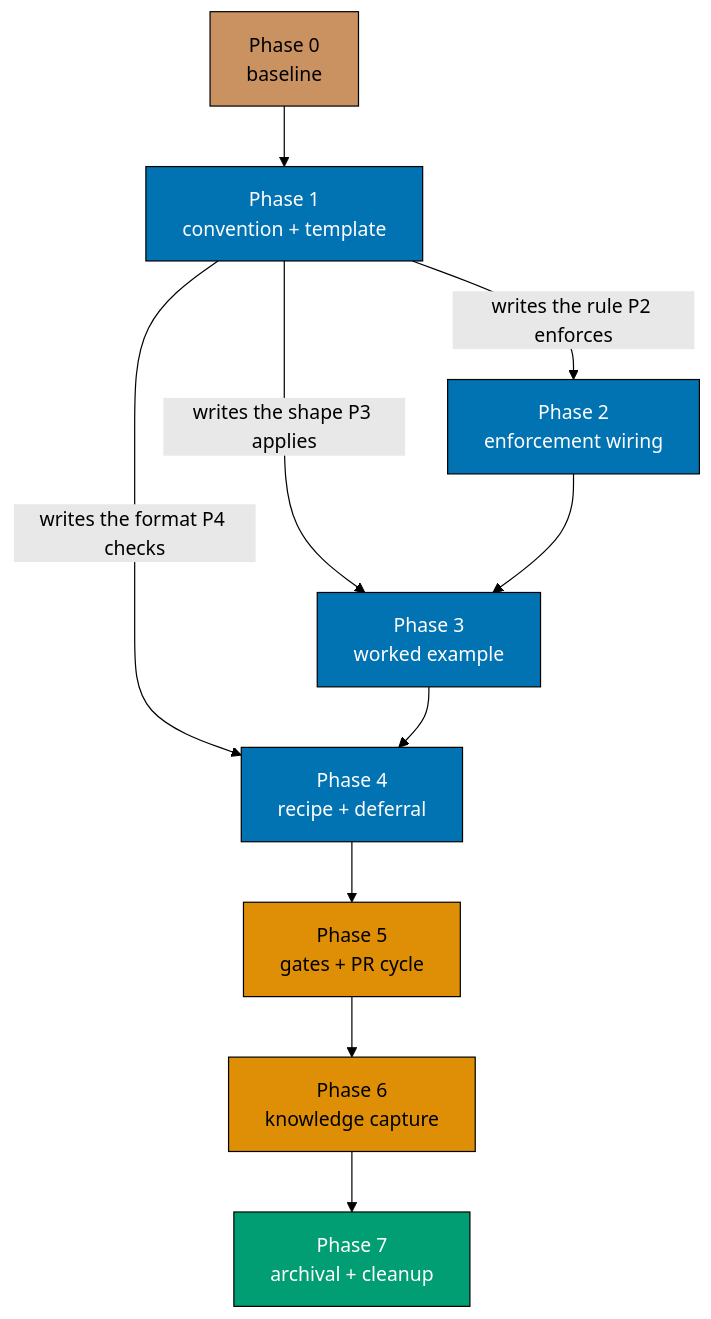
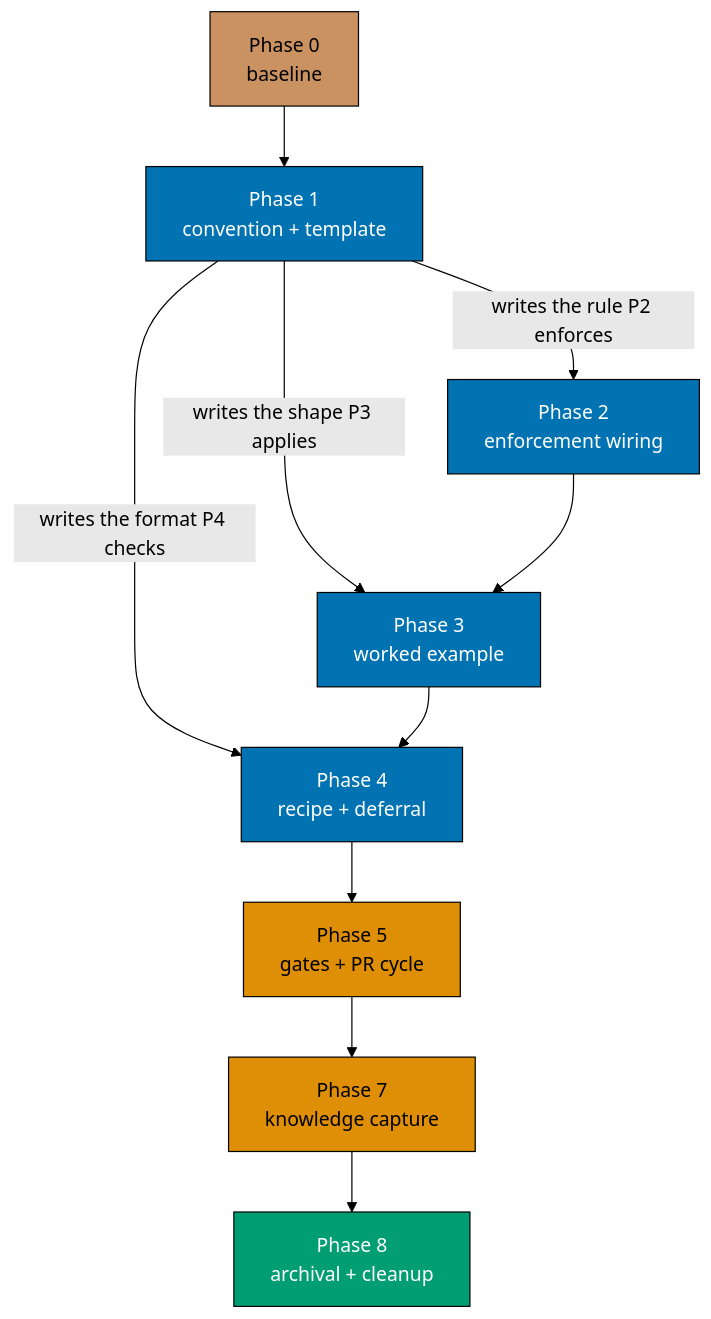
Before and after one commit to wahidyankf/baseerah: the diagram in plans/backlog/learning-plan-syllabus-folder-convention/delivery.md, drawn with Mermaid (forest theme). The commit also changed other lines of this file and 3 other files, not shown here.

````diff
--- a/plans/backlog/learning-plan-syllabus-folder-convention/delivery.md
+++ b/plans/backlog/learning-plan-syllabus-folder-convention/delivery.md
@@ -79,27 +79,27 @@
 ```mermaid
 %% Dependency DAG: every edge is a real read-after-write, so the spine is serial.
 flowchart TD
     P0["Phase 0<br/>baseline"]:::setup
     P1["Phase 1<br/>convention + template"]:::work
     P2["Phase 2<br/>enforcement wiring"]:::work
     P3["Phase 3<br/>worked example"]:::work
     P4["Phase 4<br/>recipe + deferral"]:::work
     P5["Phase 5<br/>gates + PR cycle"]:::gate
-    P6["Phase 6<br/>knowledge capture"]:::gate
-    P7["Phase 7<br/>archival + cleanup"]:::term
+    P6["Phase 7<br/>knowledge capture"]:::gate
+    P7["Phase 8<br/>archival + cleanup"]:::term
 
     P0 --> P1
     P1 -->|"writes the rule P2 enforces"| P2
     P1 -->|"writes the shape P3 applies"| P3
     P2 --> P3
     P1 -->|"writes the format P4 checks"| P4
     P3 --> P4
     P4 --> P5
     P5 --> P6
     P6 --> P7
 
     classDef setup fill:#CA9161,stroke:#000000,color:#000000
     classDef work fill:#0173B2,stroke:#000000,color:#FFFFFF
     classDef gate fill:#DE8F05,stroke:#000000,color:#000000
     classDef term fill:#029E73,stroke:#000000,color:#FFFFFF
 ```
````
